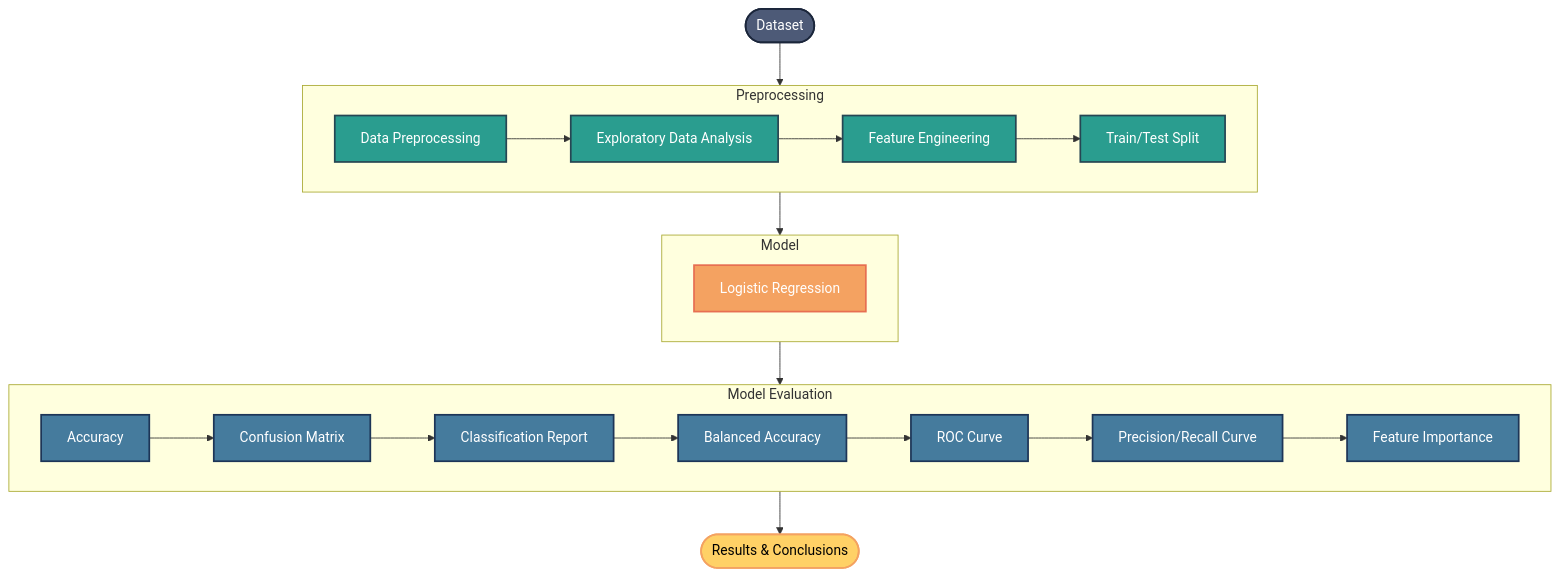
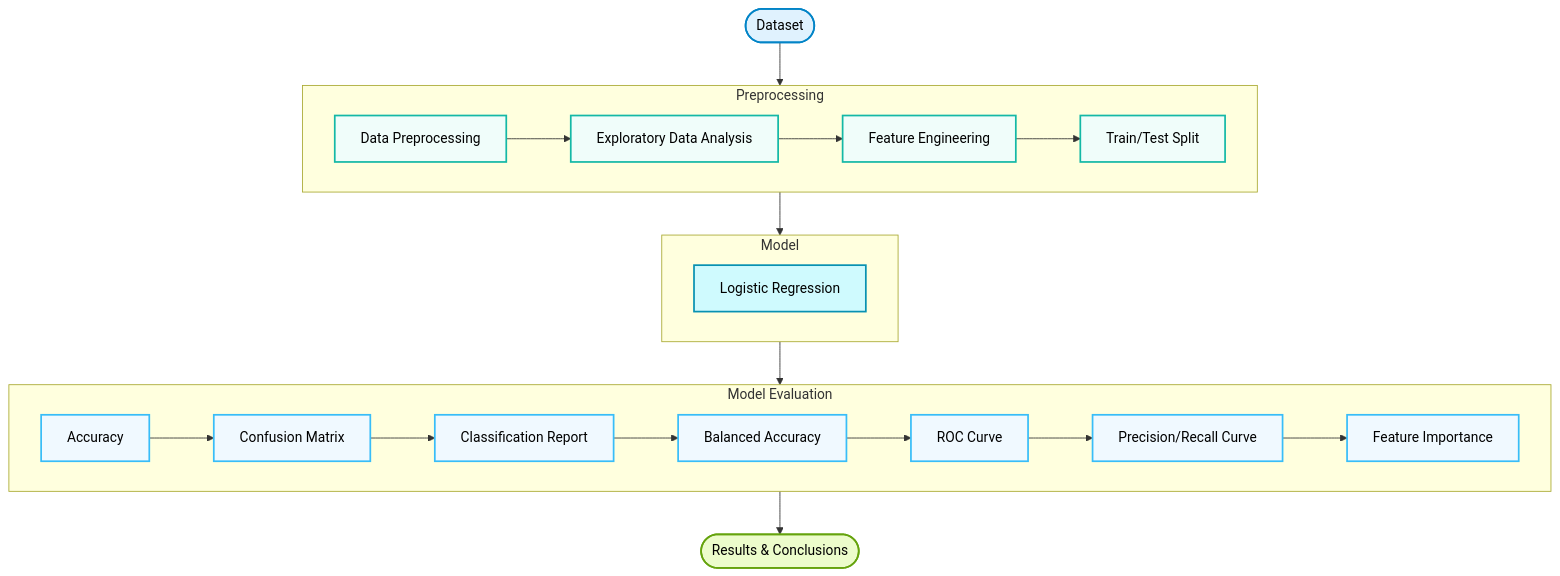
One commit to mayramtv/nafld-logistic-prediction changed the diagram in README.md. Above: the diagram before and after it, drawn with Mermaid. The commit also changed 1 other file, not shown here.

Commit message:
update worflow colors

````diff
--- a/README.md
+++ b/README.md
@@ -34,36 +34,38 @@
 ```mermaid
 flowchart TD
     subgraph Preprocessing["Preprocessing"]
         Preprocess[Data Preprocessing] --> EDA[Exploratory Data Analysis]
         EDA --> Feature[Feature Engineering]
         Feature --> Split[Train/Test Split]
     end
 
     subgraph Modeling["Model"]
         LogReg[Logistic Regression]
     end
 
     subgraph Evaluation["Model Evaluation"]
         A[Accuracy] --> B[Confusion Matrix]
         B --> C[Classification Report]
         C --> D[Balanced Accuracy]
         D --> E[ROC Curve]
         E --> F[Precision/Recall Curve]
         F --> G[Feature Importance]  
     end
 
     Dataset([Dataset]) --> Preprocessing
     Preprocessing --> Modeling
     Modeling --> Evaluation
     Evaluation --> Results([Results & Conclusions])
 
-    style Dataset fill:#4d5a77,stroke:#1b263b,stroke-width:2px,color:#ffffff
-    style Results fill:#ffd166,stroke:#f4a261,stroke-width:2px,color:#000000
-    style LogReg fill:#f4a261,stroke:#e76f51,stroke-width:2px,color:#ffffff
+    %% Cooler tones with soft contrast
+    style Dataset fill:#e0f2fe,stroke:#0284c7,stroke-width:2px,color:#000000
+    style Results fill:#ecfccb,stroke:#65a30d,stroke-width:2px,color:#000000
+    style LogReg fill:#cffafe,stroke:#0891b2,stroke-width:2px,color:#000000
 
-    classDef eval fill:#457b9d,stroke:#1d3557,stroke-width:2px,color:#ffffff
-    classDef preprocess fill:#2a9d8f,stroke:#264653,stroke-width:2px,color:#ffffff
+    classDef eval fill:#f0f9ff,stroke:#38bdf8,stroke-width:2px,color:#000000
+    classDef preprocess fill:#f0fdfa,stroke:#14b8a6,stroke-width:2px,color:#000000
 
     class Preprocess,EDA,Feature,Split preprocess
     class A,B,C,D,E,F,G eval
+    
 ```
````
